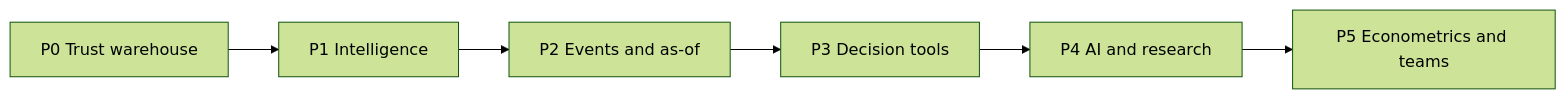
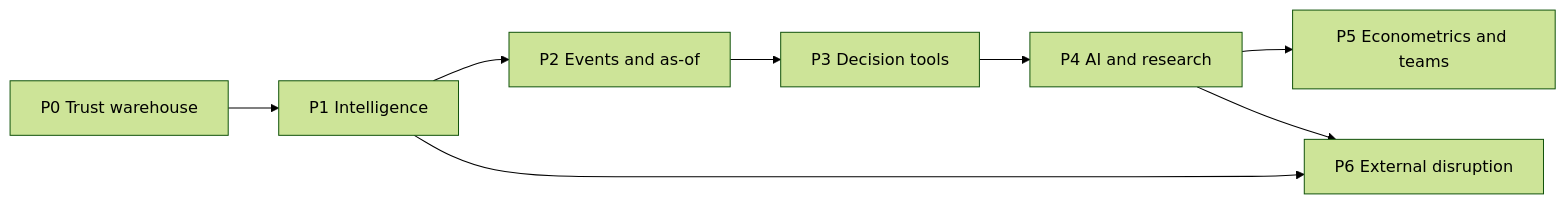
The second of 8 diagrams in docs/BUILD_PLAN.md (r3s0lv343vr/Market-Intelligence-Platform), drawn with Mermaid (forest theme) before and after one commit. The commit also changed other lines of this file and 2 other files, not shown here.

First line of the commit message:
Park trade/logistics disruption as gated P6 workstream

````diff
--- a/docs/BUILD_PLAN.md
+++ b/docs/BUILD_PLAN.md
@@ -64,10 +65,13 @@
 ```mermaid
 flowchart LR
   P0[P0 Trust warehouse]
   P1[P1 Intelligence]
   P2[P2 Events and as-of]
   P3[P3 Decision tools]
   P4[P4 AI and research]
   P5[P5 Econometrics and teams]
+  P6[P6 External disruption]
   P0 --> P1 --> P2 --> P3 --> P4 --> P5
+  P1 --> P6
+  P4 --> P6
 ```
````
